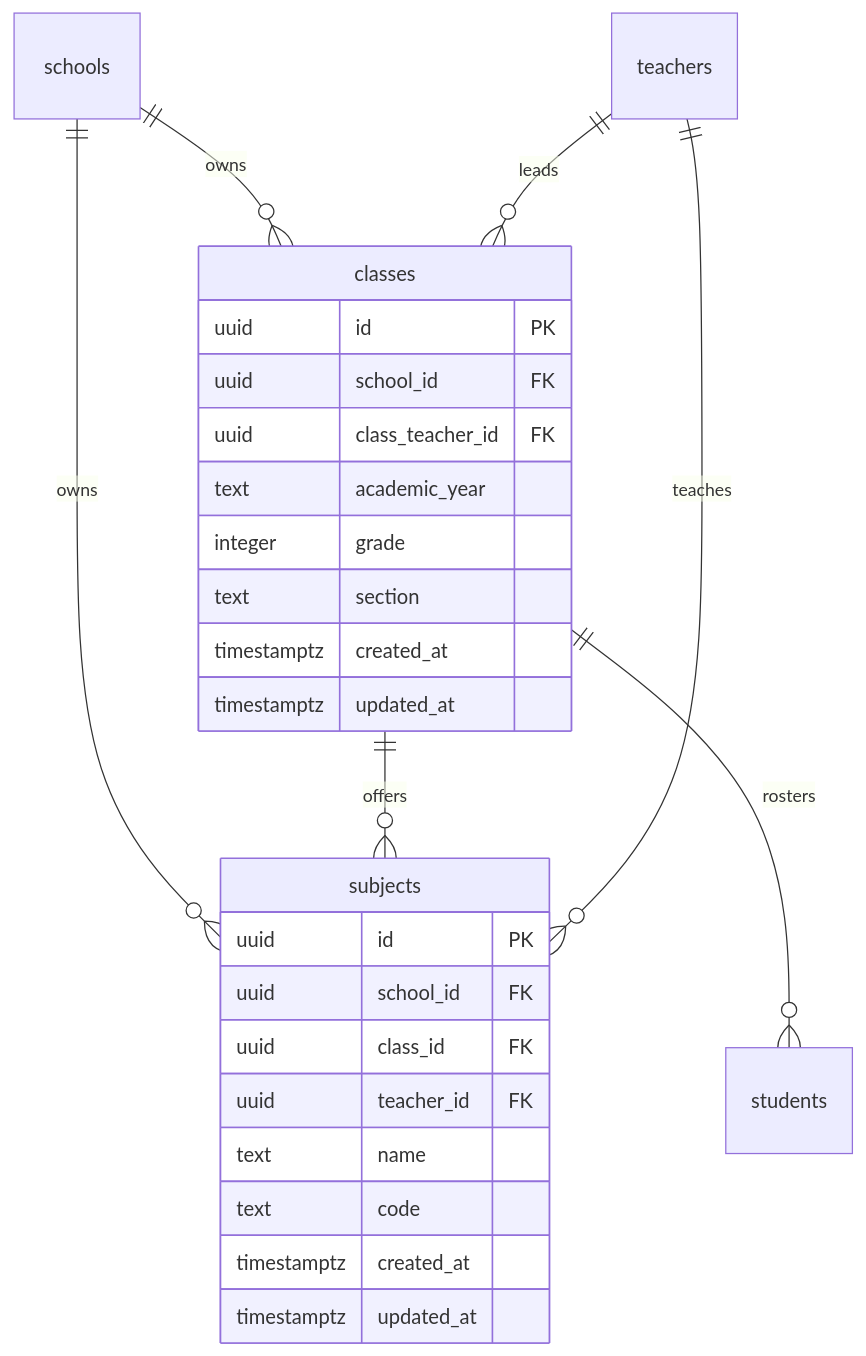
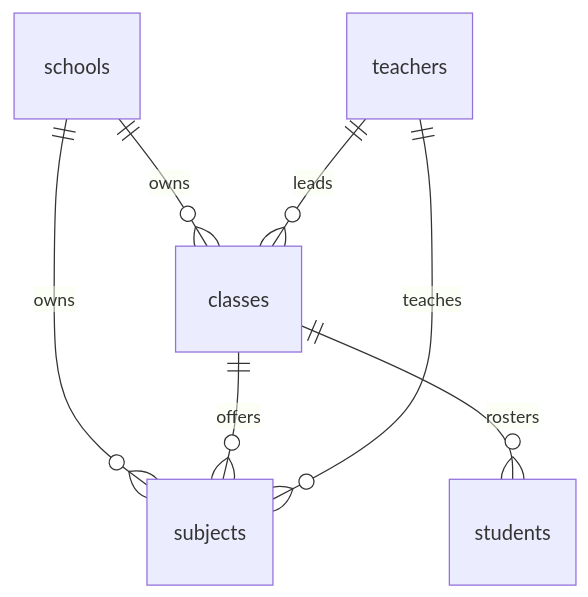
One commit to rahmat058/school-flow-ai changed the tenth of 43 diagrams in docs/backend/Database.md. Above: the diagram before and after it, drawn with Mermaid. The commit also changed other lines of this file and 2 other files, not shown here.

````diff
--- a/docs/backend/Database.md
+++ b/docs/backend/Database.md
@@ -204,30 +427,9 @@
 ```mermaid
 erDiagram
   schools ||--o{ classes : "owns"
   schools ||--o{ subjects : "owns"
   teachers ||--o{ classes : "leads"
   classes ||--o{ subjects : "offers"
   teachers ||--o{ subjects : "teaches"
   classes ||--o{ students : "rosters"
-
-  classes {
-    uuid id PK
-    uuid school_id FK
-    uuid class_teacher_id FK
-    text academic_year
-    integer grade
-    text section
-    timestamptz created_at
-    timestamptz updated_at
-  }
-  subjects {
-    uuid id PK
-    uuid school_id FK
-    uuid class_id FK
-    uuid teacher_id FK
-    text name
-    text code
-    timestamptz created_at
-    timestamptz updated_at
-  }
 ```
````
